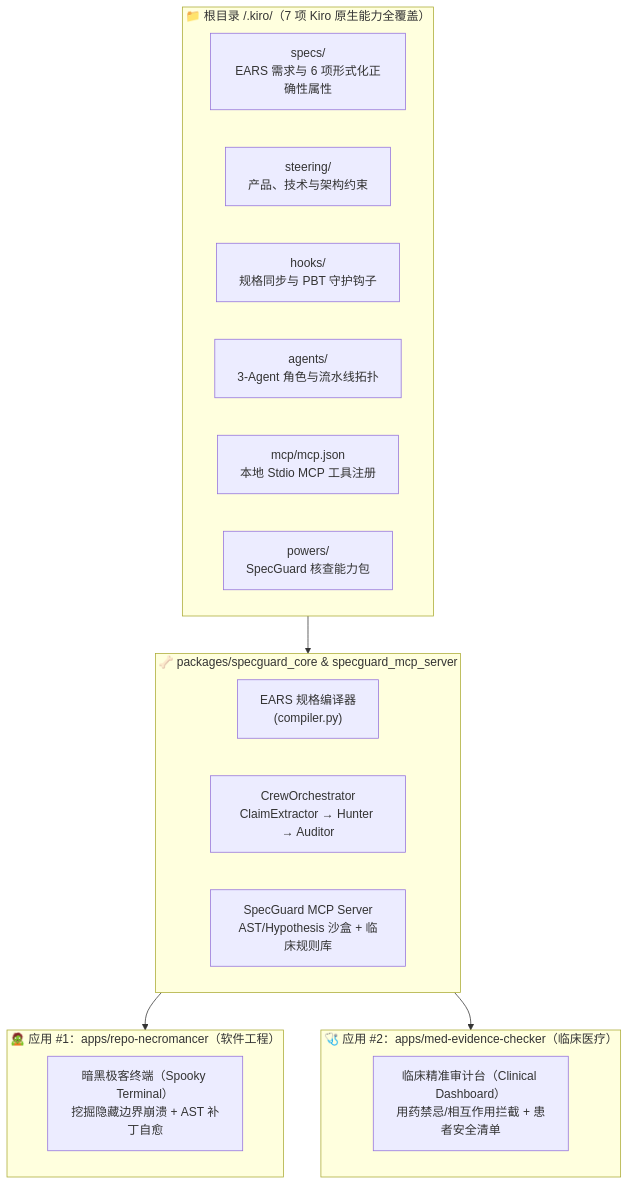
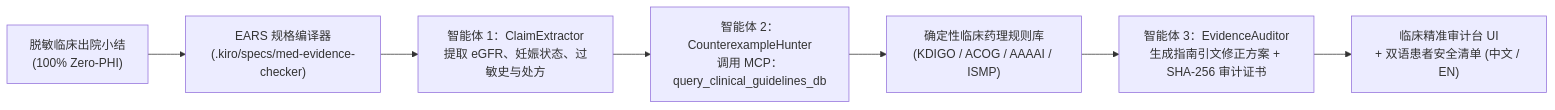
Before and after one commit to Maybe2325/medevidence-checker: the diagram in README_ZH.md, drawn with Mermaid. The commit also changed other lines of this file and 2 other files, not shown here.

Commit message:
feat(ai-for-medicine): configure MedEvidence-Checker repository with clinical default view and bilingual docs

````diff
--- a/README_ZH.md
+++ b/README_ZH.md
@@ -35,29 +36,9 @@
 ```mermaid
-flowchart TB
-    subgraph KiroLayer["📁 根目录 /.kiro/（7 项 Kiro 原生能力全覆盖）"]
-        Specs["specs/<br/>EARS 需求与 6 项形式化正确性属性"]
-        Steering["steering/<br/>产品、技术与架构约束"]
-        Hooks["hooks/<br/>规格同步与 PBT 守护钩子"]
-        Agents["agents/<br/>3-Agent 角色与流水线拓扑"]
-        MCPConf["mcp/mcp.json<br/>本地 Stdio MCP 工具注册"]
-        Powers["powers/<br/>SpecGuard 核查能力包"]
-    end
-
-    subgraph CoreSkeleton["🦴 packages/specguard_core & specguard_mcp_server"]
-        Compiler["EARS 规格编译器<br/>(compiler.py)"]
-        Orchestrator["CrewOrchestrator<br/>ClaimExtractor → Hunter → Auditor"]
-        MCPServer["SpecGuard MCP Server<br/>AST/Hypothesis 沙盒 + 临床规则库"]
-    end
-
-    subgraph App1["🧟 应用 #1：apps/repo-necromancer（软件工程）"]
-        App1UI["暗黑极客终端（Spooky Terminal）<br/>挖掘隐藏边界崩溃 + AST 补丁自愈"]
-    end
-
-    subgraph App2["🩺 应用 #2：apps/med-evidence-checker（临床医疗）"]
-        App2UI["临床精准审计台（Clinical Dashboard）<br/>用药禁忌/相互作用拦截 + 患者安全清单"]
-    end
-
-    KiroLayer --> CoreSkeleton
-    CoreSkeleton --> App1
-    CoreSkeleton --> App2
+flowchart LR
+    Note["脱敏临床出院小结<br/>(100% Zero-PHI)"] --> EARS["EARS 规格编译器<br/>(.kiro/specs/med-evidence-checker)"]
+    EARS --> Agent1["智能体 1：ClaimExtractor<br/>提取 eGFR、妊娠状态、过敏史与处方"]
+    Agent1 --> Agent2["智能体 2：CounterexampleHunter<br/>调用 MCP：query_clinical_guidelines_db"]
+    Agent2 --> KB["确定性临床药理规则库<br/>(KDIGO / ACOG / AAAAI / ISMP)"]
+    KB --> Agent3["智能体 3：EvidenceAuditor<br/>生成指南引文修正方案 + SHA-256 审计证书"]
+    Agent3 --> Output["临床精准审计台 UI<br/>+ 双语患者安全清单 (中文 / EN)"]
 ```
````
